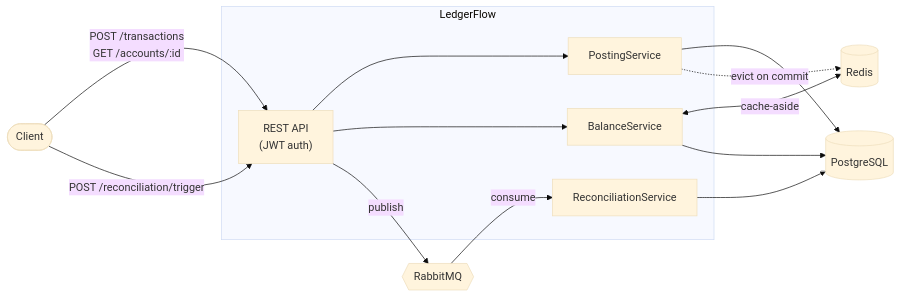
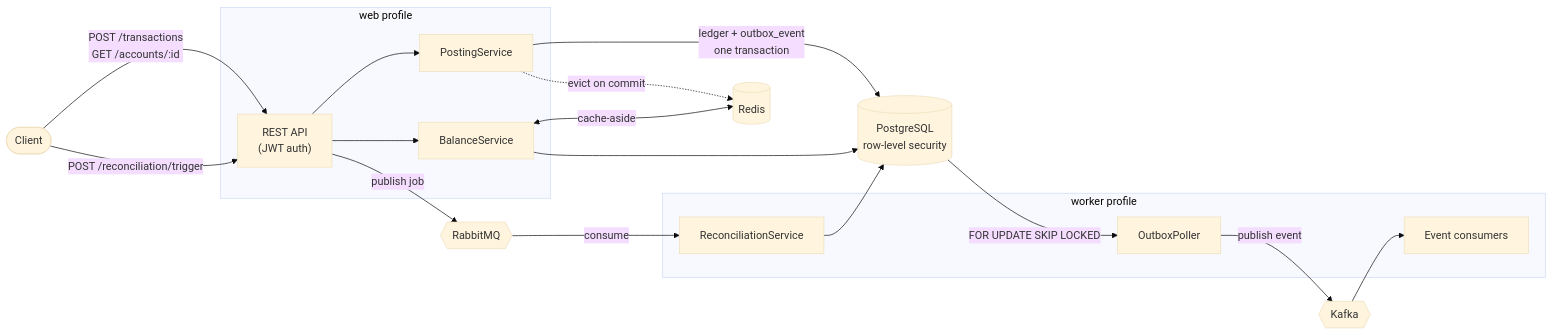
Before and after one commit to labheshwar/ledgerflow: the diagram in README.md, drawn with Mermaid (base theme). The commit also changed other lines of this file and 25 other files, not shown here.

First line of the commit message:
feat: transactional outbox onto Kafka, and a web/worker split

````diff
--- a/README.md
+++ b/README.md
@@ -44,26 +50,35 @@
 ```mermaid
 flowchart LR
     Client([Client])
 
-    subgraph app [LedgerFlow]
+    subgraph web [web profile]
         API["REST API<br/>(JWT auth)"]
         Posting[PostingService]
         Balance[BalanceService]
-        Reconcile[ReconciliationService]
     end
 
-    Postgres[(PostgreSQL)]
+    subgraph worker [worker profile]
+        Poller[OutboxPoller]
+        Reconcile[ReconciliationService]
+        Consumer[Event consumers]
+    end
+
+    Postgres[(PostgreSQL<br/>row-level security)]
     Redis[(Redis)]
     RabbitMQ{{RabbitMQ}}
+    Kafka{{Kafka}}
 
     Client -->|"POST /transactions<br/>GET /accounts/:id"| API
     Client -->|POST /reconciliation/trigger| API
 
-    API --> Posting --> Postgres
+    API --> Posting -->|"ledger + outbox_event<br/>one transaction"| Postgres
     API --> Balance
     Balance <-->|cache-aside| Redis
     Balance --> Postgres
     Posting -. evict on commit .-> Redis
 
-    API -->|publish| RabbitMQ -->|consume| Reconcile --> Postgres
+    API -->|publish job| RabbitMQ -->|consume| Reconcile --> Postgres
+
+    Postgres -->|"FOR UPDATE SKIP LOCKED"| Poller -->|publish event| Kafka
+    Kafka --> Consumer
 ```
````
